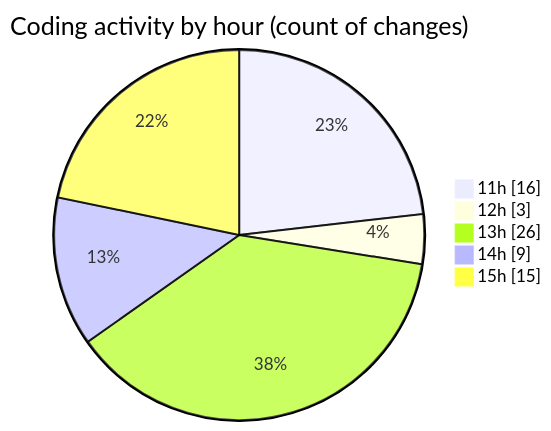
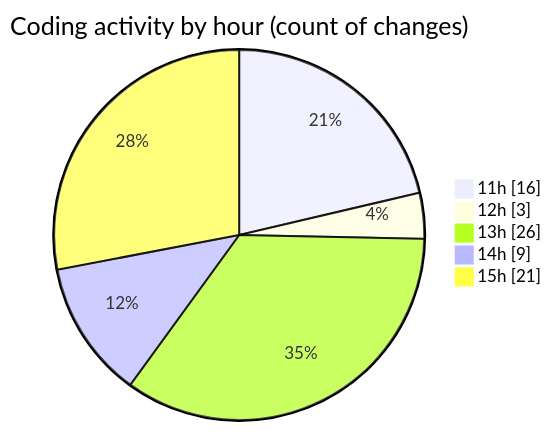
Before and after one commit to nxtqubesakshisongat/code-tracking: the second of 2 diagrams in 2026-03-31/nxtqube_webapp/README.md, drawn with Mermaid. The commit also changed other lines of this file and 1 other file, not shown here.

````diff
--- a/2026-03-31/nxtqube_webapp/README.md
+++ b/2026-03-31/nxtqube_webapp/README.md
@@ -32,9 +32,9 @@
 ```mermaid
 pie showData
 title Coding activity by hour (count of changes)
 "11h" : 16
 "12h" : 3
 "13h" : 26
 "14h" : 9
-"15h" : 15
+"15h" : 21
 ```
````
